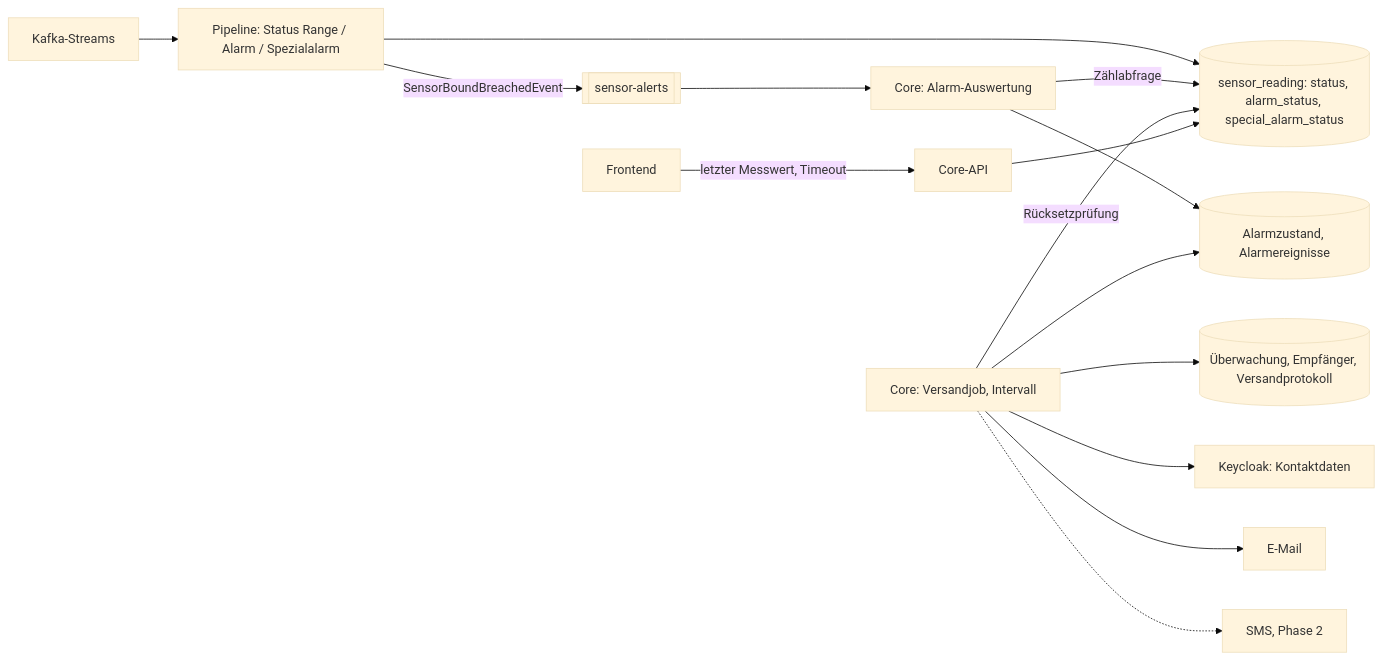
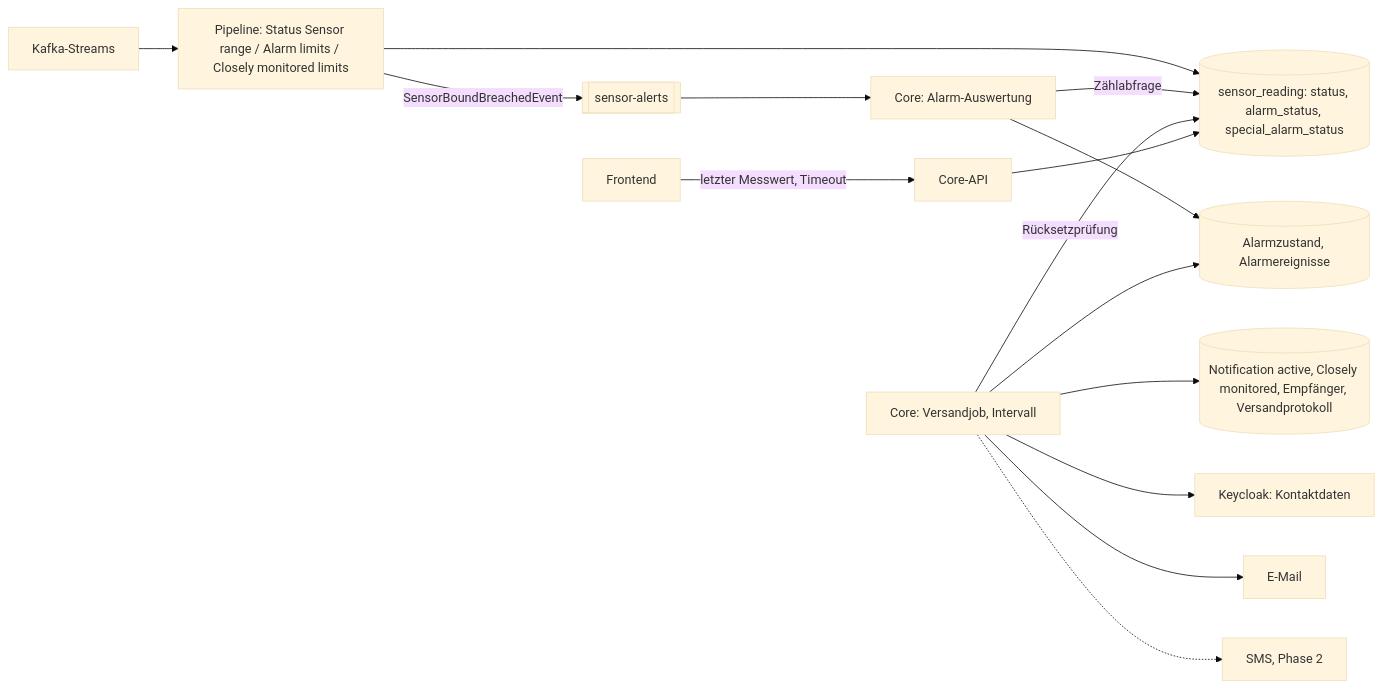
The diagram in alarming-architecture.md (swisstopo/lg-monteis), drawn with Mermaid (base theme) before and after one commit. The commit also changed other lines of this file, not shown here.

````diff
--- a/alarming-architecture.md
+++ b/alarming-architecture.md
@@ -80,17 +80,17 @@
 ```mermaid
 flowchart LR
-   K[Kafka-Streams] --> P[Pipeline: Status Range / Alarm / Spezialalarm]
+   K[Kafka-Streams] --> P[Pipeline: Status Sensor range / Alarm limits / Closely monitored limits]
    P --> DB[(sensor_reading: status, alarm_status, special_alarm_status)]
    P -- SensorBoundBreachedEvent --> T[[sensor-alerts]]
    T --> A[Core: Alarm-Auswertung]
    A -- Zählabfrage --> DB
    A --> AZ[(Alarmzustand, Alarmereignisse)]
    J[Core: Versandjob, Intervall] --> AZ
    J -- Rücksetzprüfung --> DB
-   J --> R[(Überwachung, Empfänger, Versandprotokoll)]
+   J --> R[(Notification active, Closely monitored, Empfänger, Versandprotokoll)]
    J --> KC[Keycloak: Kontaktdaten]
    J --> M[E-Mail]
    J -.-> S[SMS, Phase 2]
    FE[Frontend] -- letzter Messwert, Timeout --> C[Core-API]
    C --> DB
 ```
````
